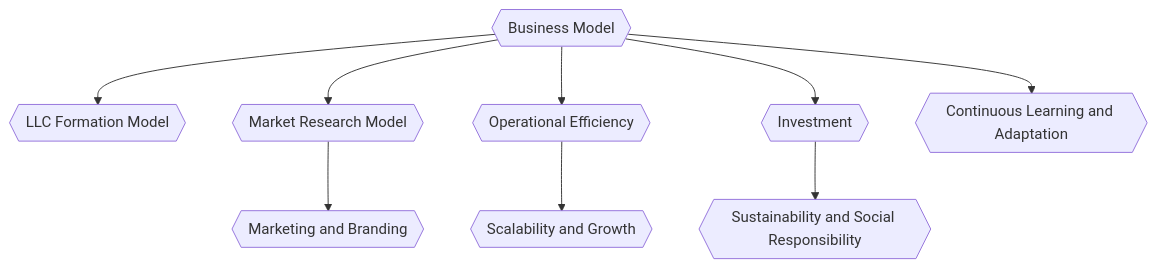
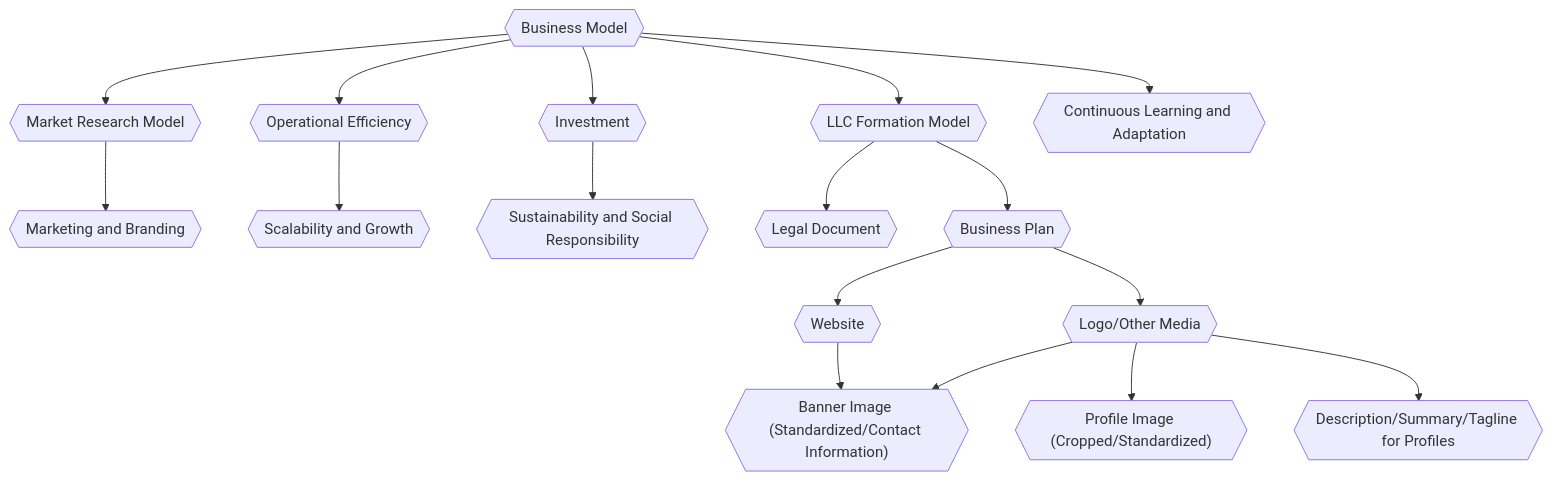
Before and after one commit to KBVE/kbve.com: the diagram in src/content/project/rentearth/_graph/business-model.mdx, drawn with Mermaid. The commit also changed other lines of this file and 9 other files, not shown here.

````diff
--- a/src/content/project/rentearth/_graph/business-model.mdx
+++ b/src/content/project/rentearth/_graph/business-model.mdx
@@ -9,27 +9,46 @@
 ```mermaid
 graph TB
 
 core1{{"Business Model"}}
 
 id2{{"LLC Formation Model"}}
 id3{{"Market Research Model"}}
 id4{{"Operational Efficiency"}}
 id5{{"Investment"}}
 id6{{"Continuous Learning and Adaptation"}}
 
 
 fe1{{"Marketing and Branding"}}
 fe2{{"Scalability and Growth"}}
 fe3{{"Sustainability and Social Responsibility"}}
+fe4{{"Legal Document"}}
+fe5{{"Business Plan"}}
+
+ge1{{"Website"}}
+ge2{{"Logo/Other Media"}}
+
+he1{{"Profile Image (Cropped/Standardized)"}}
+he2{{"Banner Image (Standardized/Contact Information)"}}
+he3{{"Description/Summary/Tagline for Profiles"}}
 
 core1 --> id2
 core1 --> id3
 core1 --> id4
 core1 --> id5
 core1 --> id6
 
+id2 --> fe4
+id2 --> fe5
 id3 --> fe1
 id4 --> fe2
 id5 --> fe3
 
+fe5 --> ge1
+fe5 --> ge2
+
+ge1 --> he2
+ge2 --> he1
+ge2 --> he2
+ge2 --> he3
+
 ```
````
